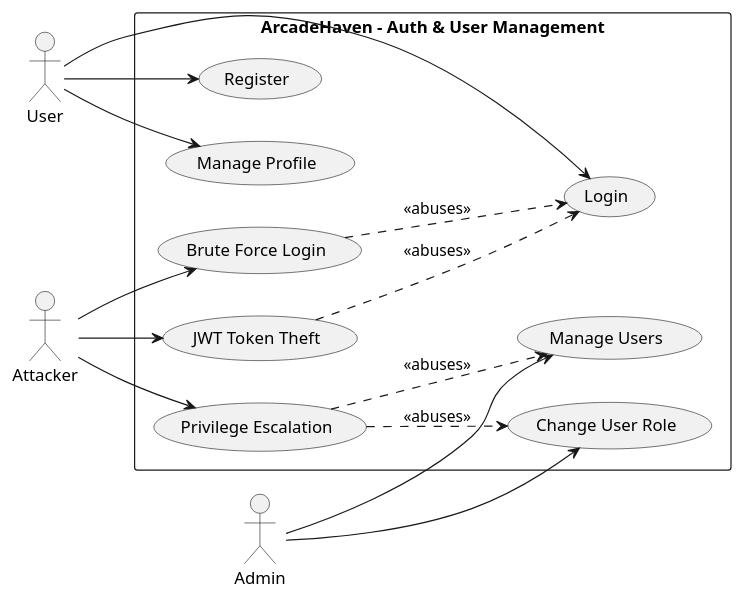
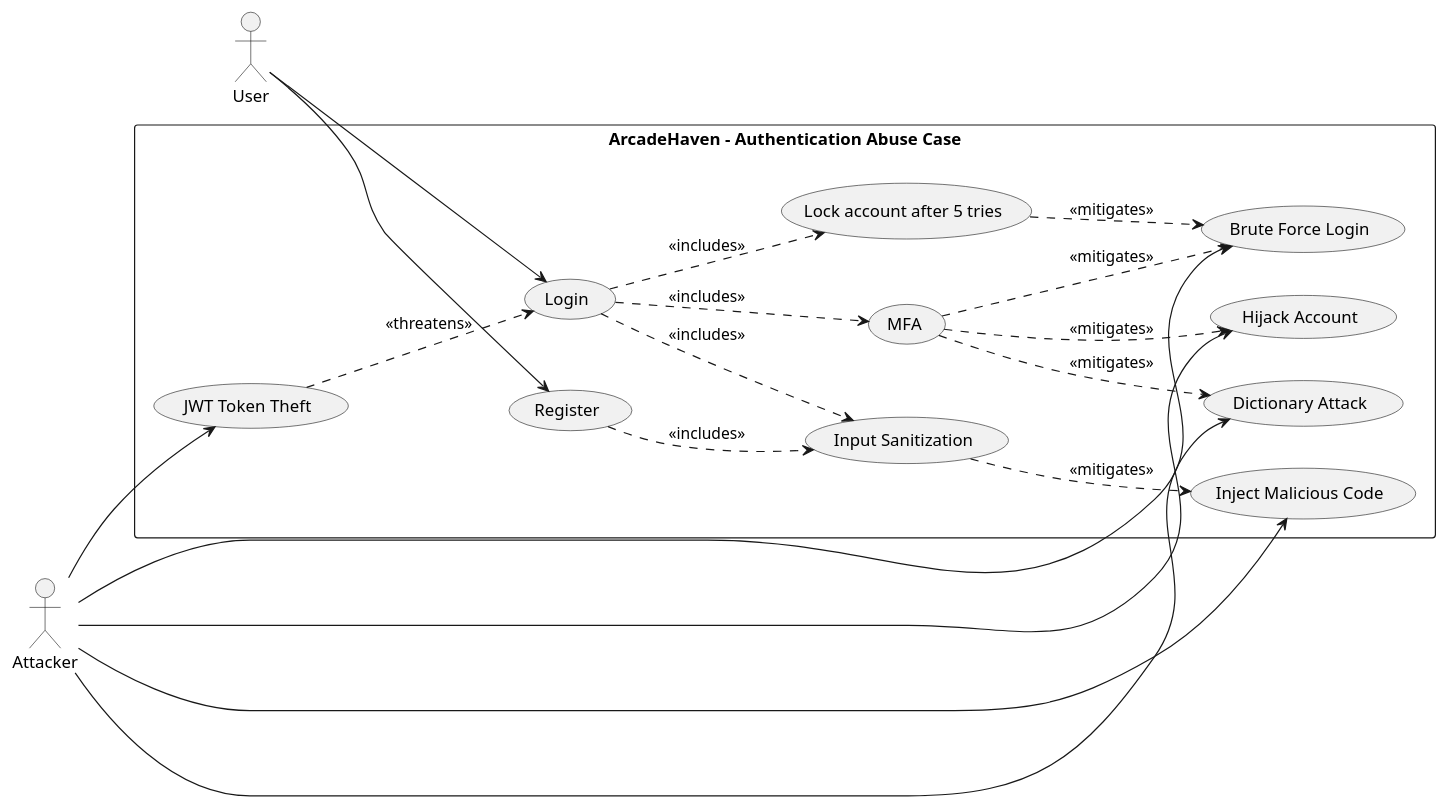
Before and after one commit to mei-desofs/desofs2026-wed_nap_2: the diagram in Documentation/AbuseCases/authorization-abuse-case.puml, drawn with PlantUML. The commit also changed 11 other files, not shown here.

```diff
--- a/Documentation/AbuseCases/authorization-abuse-case.puml
+++ b/Documentation/AbuseCases/authorization-abuse-case.puml
@@ -1,28 +1,38 @@
 @startuml
+
 left to right direction
 skinparam packageStyle rectangle
 
 actor User
-actor Admin
 actor Attacker
 
-rectangle "ArcadeHaven - Auth & User Management" {
+rectangle "ArcadeHaven - Authentication Abuse Case" {
 
   User --> (Register)
   User --> (Login)
-  User --> (Manage Profile)
 
-  Admin --> (Manage Users)
-  Admin --> (Change User Role)
+  Attacker --> (Inject Malicious Code)
+  Attacker --> (Hijack Account)
+  Attacker --> (Brute Force Login)
+  Attacker --> (Dictionary Attack)
+  Attacker --> (JWT Token Theft)
 
-  Attacker --> (Brute Force Login)
-  Attacker --> (JWT Token Theft)
-  Attacker --> (Privilege Escalation)
+  (Register) ..> (Input Sanitization) : <<includes>>
 
-  (Brute Force Login) ..> (Login) : <<abuses>>
-  (JWT Token Theft) ..> (Login) : <<abuses>>
-  (Privilege Escalation) ..> (Change User Role) : <<abuses>>
-  (Privilege Escalation) ..> (Manage Users) : <<abuses>>
+  (Login) ..> (Input Sanitization) : <<includes>>
+  (Login) ..> (MFA) : <<includes>>
+  (Login) ..> (Lock account after 5 tries) : <<includes>>
+
+  (Input Sanitization) ..> (Inject Malicious Code) : <<mitigates>>
+
+  (MFA) ..> (Hijack Account) : <<mitigates>>
+  (MFA) ..> (Brute Force Login) : <<mitigates>>
+  (MFA) ..> (Dictionary Attack) : <<mitigates>>
+
+  (Lock account after 5 tries) ..> (Brute Force Login) : <<mitigates>>
+
+  (JWT Token Theft) ..> (Login) : <<threatens>>
+
 }
 
 @enduml
```
